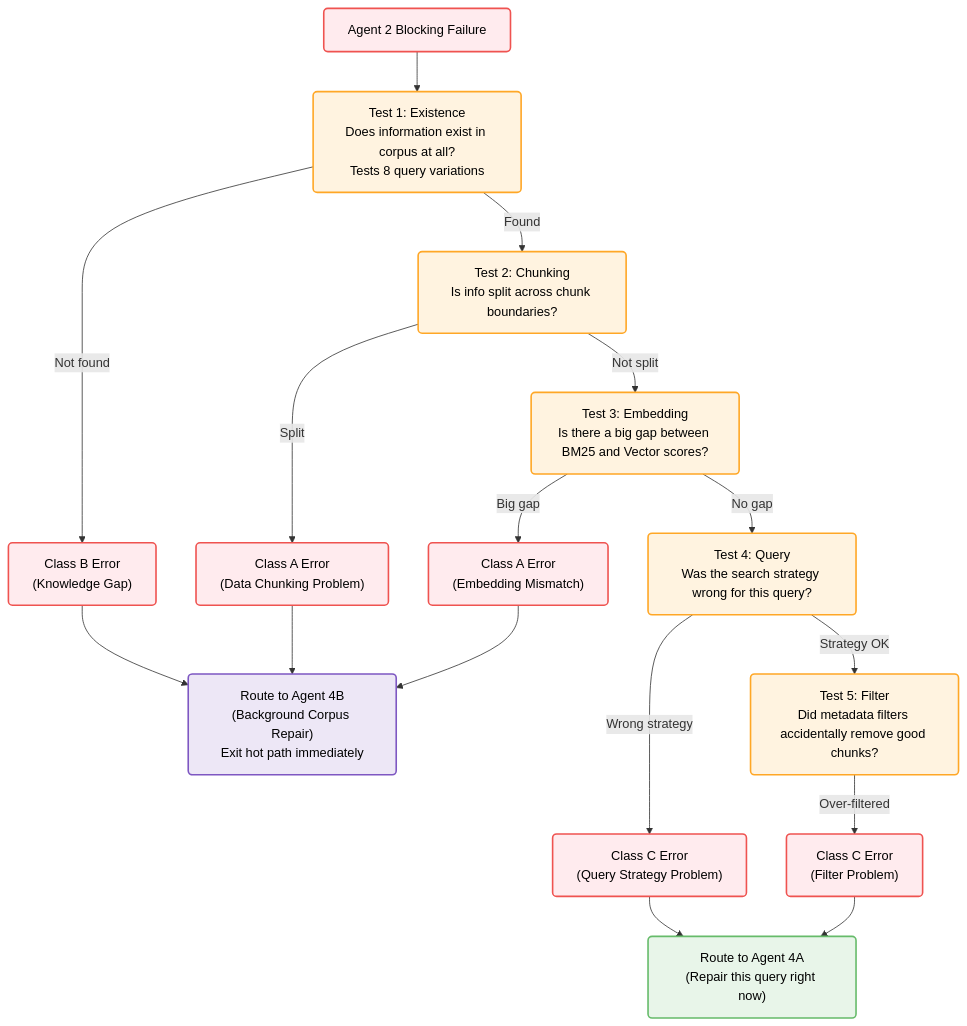
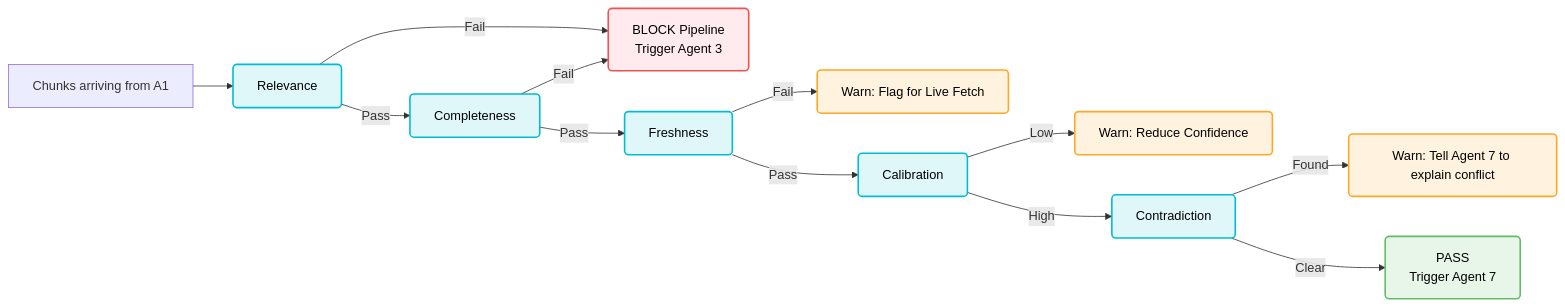
One commit to pavan939111/SelfLearning_Rag changed the fifth of 12 diagrams in ARCHITECTURE.md. Above: the diagram before and after it, drawn with Mermaid. The commit also changed other lines of this file and 2 other files, not shown here.

Commit message:
docs: finalize architecture documentation by merging highly-detailed agent and cycle diagrams into the new structure

````diff
--- a/ARCHITECTURE.md
+++ b/ARCHITECTURE.md
@@ -231,26 +126,23 @@
 ```mermaid
-flowchart TD
-    classDef fail fill:#ffebee,stroke:#ef5350,stroke-width:2px,color:#000,rx:5px
-    classDef test fill:#fff3e0,stroke:#ffa726,stroke-width:2px,color:#000,rx:5px
-    classDef coldpath fill:#ede7f6,stroke:#7e57c2,stroke-width:2px,color:#000,rx:5px
-    classDef hotpath fill:#e8f5e9,stroke:#66bb6a,stroke-width:2px,color:#000,rx:5px
+flowchart LR
+    classDef process fill:#e0f7fa,stroke:#00bcd4,stroke-width:2px,color:#000,rx:5px
+    classDef block fill:#ffebee,stroke:#ef5350,stroke-width:2px,color:#000,rx:5px
+    classDef warn fill:#fff3e0,stroke:#ffa726,stroke-width:2px,color:#000,rx:5px
+    classDef success fill:#e8f5e9,stroke:#66bb6a,stroke-width:2px,color:#000,rx:5px
 
-    FAIL["Agent 2 Blocking Failure"]:::fail --> T1
-
-    T1["Test 1: Existence\nDoes information exist in corpus at all?\nTests 8 query variations"]:::test -->|"Not found"| CA["Class B Error\n(Knowledge Gap)"]:::fail
-    T1 -->|"Found"| T2
-
-    T2["Test 2: Chunking\nIs info split across chunk boundaries?"]:::test -->|"Split"| CB["Class A Error\n(Data Chunking Problem)"]:::fail
-    T2 -->|"Not split"| T3
-
-    T3["Test 3: Embedding\nIs there a big gap between BM25 and Vector scores?"]:::test -->|"Big gap"| CC["Class A Error\n(Embedding Mismatch)"]:::fail
-    T3 -->|"No gap"| T4
-
-    T4["Test 4: Query\nWas the search strategy wrong for this query?"]:::test -->|"Wrong strategy"| CD["Class C Error\n(Query Strategy Problem)"]:::fail
-    T4 -->|"Strategy OK"| T5
-
-    T5["Test 5: Filter\nDid metadata filters accidentally remove good chunks?"]:::test -->|"Over-filtered"| CE["Class C Error\n(Filter Problem)"]:::fail
-
-    CA & CB & CC --> ROUTE4B["Route to Agent 4B\n(Background Corpus Repair)\nExit hot path immediately"]:::coldpath
-    CD & CE --> ROUTE4A["Route to Agent 4A\n(Repair this query right now)"]:::hotpath
+    IN["Chunks arriving from A1"] --> R["Relevance"]:::process
+    R -->|"Fail"| BLOCK["BLOCK Pipeline\nTrigger Agent 3"]:::block
+    R -->|"Pass"| C["Completeness"]:::process
+    
+    C -->|"Fail"| BLOCK
+    C -->|"Pass"| F["Freshness"]:::process
+    
+    F -->|"Fail"| W1["Warn: Flag for Live Fetch"]:::warn
+    F -->|"Pass"| CAL["Calibration"]:::process
+    
+    CAL -->|"Low"| W2["Warn: Reduce Confidence"]:::warn
+    CAL -->|"High"| CON["Contradiction"]:::process
+    
+    CON -->|"Found"| W3["Warn: Tell Agent 7 to explain conflict"]:::warn
+    CON -->|"Clear"| OUT["PASS\nTrigger Agent 7"]:::success
 ```
````
